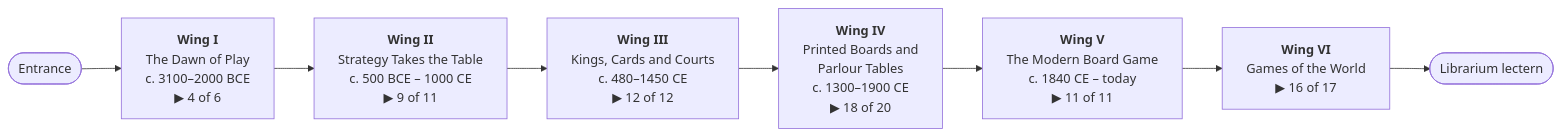
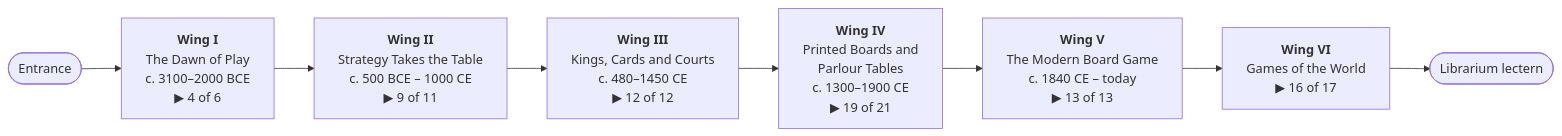
Before and after one commit to CptNope/Librarium-Archives: the first of 2 diagrams in README.md, drawn with Mermaid. The commit also changed other lines of this file and 40 other files, not shown here.

````diff
--- a/README.md
+++ b/README.md
@@ -15,10 +15,10 @@
 ```mermaid
 flowchart LR
     E([Entrance]) --> W1
     W1["<b>Wing I</b><br/>The Dawn of Play<br/>c. 3100–2000 BCE<br/>▶ 4 of 6"] --> W2
     W2["<b>Wing II</b><br/>Strategy Takes the Table<br/>c. 500 BCE – 1000 CE<br/>▶ 9 of 11"] --> W3
     W3["<b>Wing III</b><br/>Kings, Cards and Courts<br/>c. 480–1450 CE<br/>▶ 12 of 12"] --> W4
-    W4["<b>Wing IV</b><br/>Printed Boards and<br/>Parlour Tables<br/>c. 1300–1900 CE<br/>▶ 18 of 20"] --> W5
-    W5["<b>Wing V</b><br/>The Modern Board Game<br/>c. 1840 CE – today<br/>▶ 11 of 11"] --> W6
+    W4["<b>Wing IV</b><br/>Printed Boards and<br/>Parlour Tables<br/>c. 1300–1900 CE<br/>▶ 19 of 21"] --> W5
+    W5["<b>Wing V</b><br/>The Modern Board Game<br/>c. 1840 CE – today<br/>▶ 13 of 13"] --> W6
     W6["<b>Wing VI</b><br/>Games of the World<br/>▶ 16 of 17"] --> L([Librarium lectern])
 ```
````
